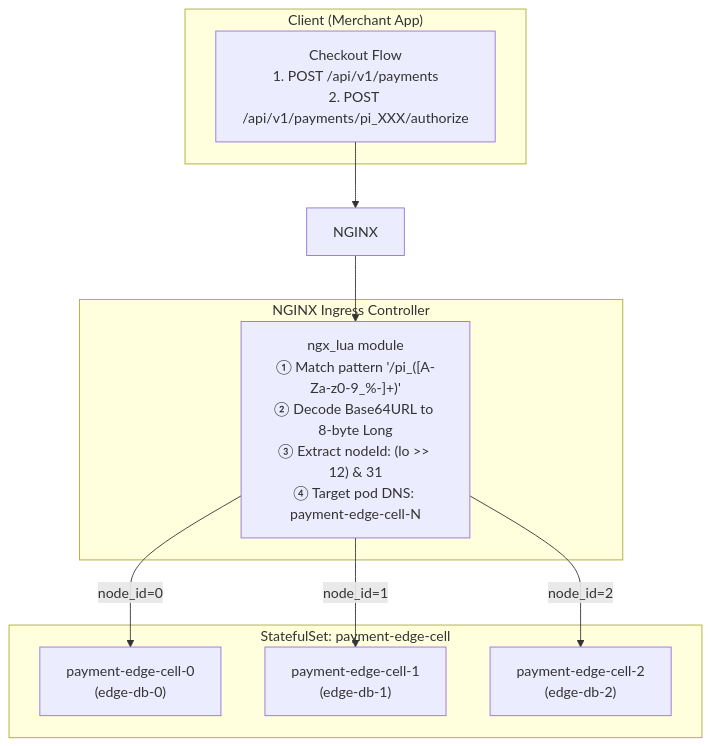
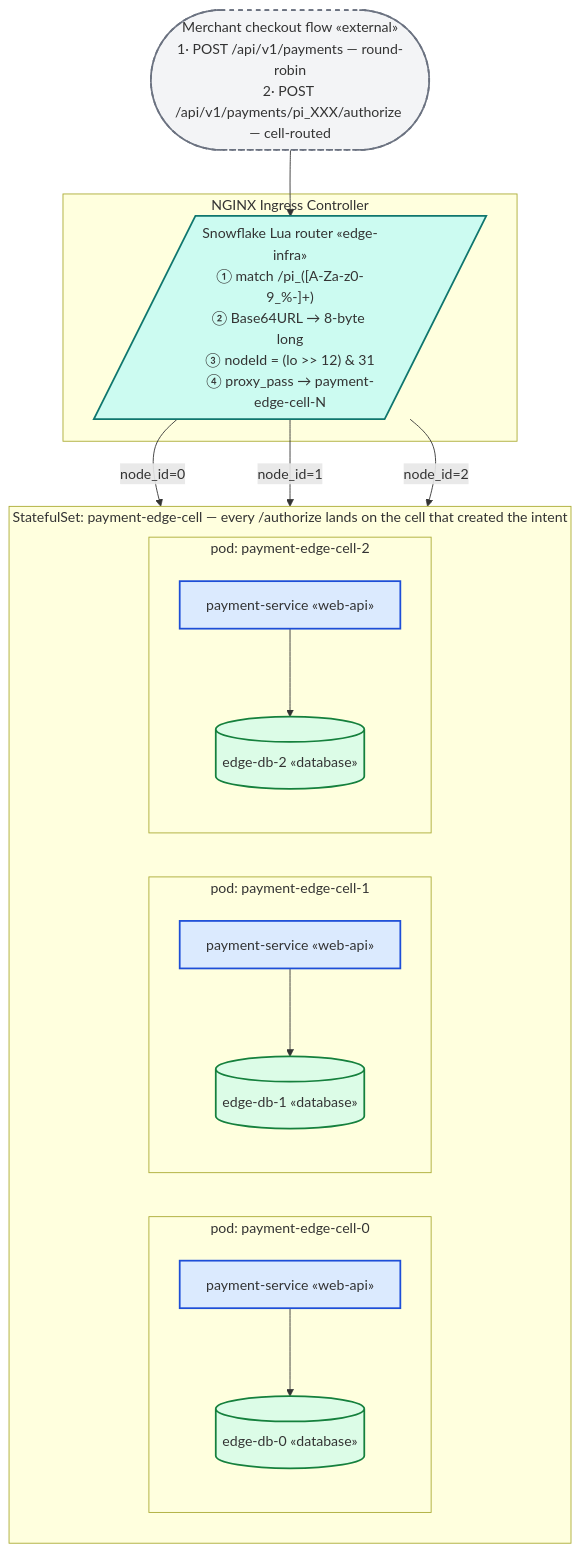
One commit to dcaglar/payment-platform-for-marketplaces changed the fifth of 5 diagrams in docs/architecture/architecture.md. Above: the diagram before and after it, drawn with Mermaid. The commit also changed other lines of this file and 17 other files, not shown here.

````diff
--- a/docs/architecture/architecture.md
+++ b/docs/architecture/architecture.md
@@ -685,22 +732,43 @@
 ```mermaid
-graph TB
-    subgraph Client["Client (Merchant App)"]
-        APP["Checkout Flow<br/>1. POST /api/v1/payments<br/>2. POST /api/v1/payments/pi_XXX/authorize"]
+flowchart TB
+    classDef webapi fill:#dbeafe,stroke:#1d4ed8,stroke-width:2px
+    classDef job fill:#ffedd5,stroke:#c2410c,stroke-width:2px
+    classDef consumer fill:#ede9fe,stroke:#6d28d9,stroke-width:2px
+    classDef db fill:#dcfce7,stroke:#15803d,stroke-width:2px
+    classDef topic fill:#fef9c3,stroke:#a16207,stroke-width:2px
+    classDef external fill:#f3f4f6,stroke:#6b7280,stroke-width:2px,stroke-dasharray:5 5
+    classDef infra fill:#ccfbf1,stroke:#0f766e,stroke-width:2px
+
+    APP(["Merchant checkout flow «external»<br/>1· POST /api/v1/payments — round-robin<br/>2· POST /api/v1/payments/pi_XXX/authorize — cell-routed"]):::external
+
+    subgraph GW["NGINX Ingress Controller"]
+        LUA[/"Snowflake Lua router «edge-infra»<br/>① match /pi_([A-Za-z0-9_%-]+)<br/>② Base64URL → 8-byte long<br/>③ nodeId = (lo >> 12) & 31<br/>④ proxy_pass → payment-edge-cell-N"/]:::infra
+    end
+    APP --> LUA
+
+    subgraph SS["StatefulSet: payment-edge-cell — every /authorize lands on the cell that created the intent"]
+        direction LR
+        subgraph P0["pod: payment-edge-cell-0"]
+            direction TB
+            C0["payment-service «web-api»"]:::webapi
+            D0[("edge-db-0 «database»")]:::db
+            C0 --> D0
+        end
+        subgraph P1["pod: payment-edge-cell-1"]
+            direction TB
+            C1["payment-service «web-api»"]:::webapi
+            D1[("edge-db-1 «database»")]:::db
+            C1 --> D1
+        end
+        subgraph P2["pod: payment-edge-cell-2"]
+            direction TB
+            C2["payment-service «web-api»"]:::webapi
+            D2[("edge-db-2 «database»")]:::db
+            C2 --> D2
+        end
     end
 
-    subgraph Gateway["NGINX Ingress Controller"]
-        LUA["ngx_lua module<br/>① Match pattern '/pi_([A-Za-z0-9_%-]+)'<br/>② Decode Base64URL to 8-byte Long<br/>③ Extract nodeId: (lo >> 12) & 31<br/>④ Target pod DNS: payment-edge-cell-N"]
-    end
-
-    subgraph Cells["StatefulSet: payment-edge-cell"]
-        C0["payment-edge-cell-0<br/>(edge-db-0)"]
-        C1["payment-edge-cell-1<br/>(edge-db-1)"]
-        C2["payment-edge-cell-2<br/>(edge-db-2)"]
-    end
-
-    APP --> NGINX
-    NGINX --> LUA
     LUA -->|"node_id=0"| C0
     LUA -->|"node_id=1"| C1
     LUA -->|"node_id=2"| C2
 ```
````
